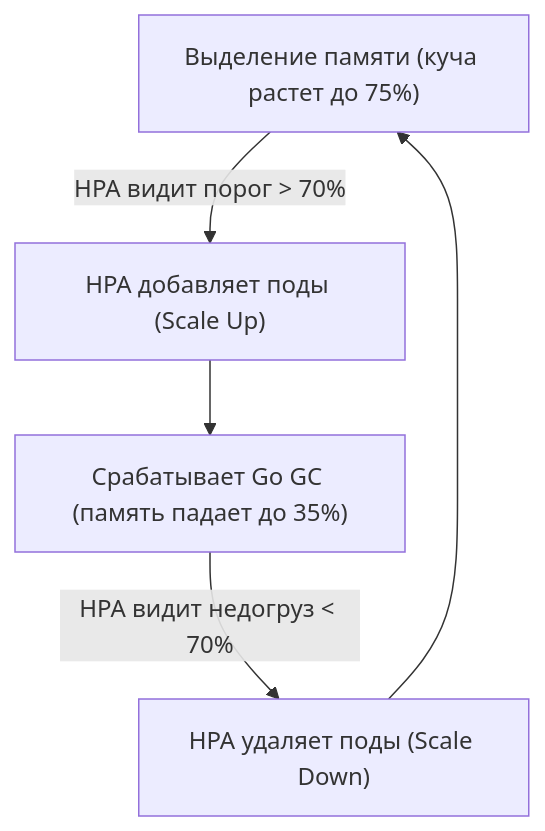
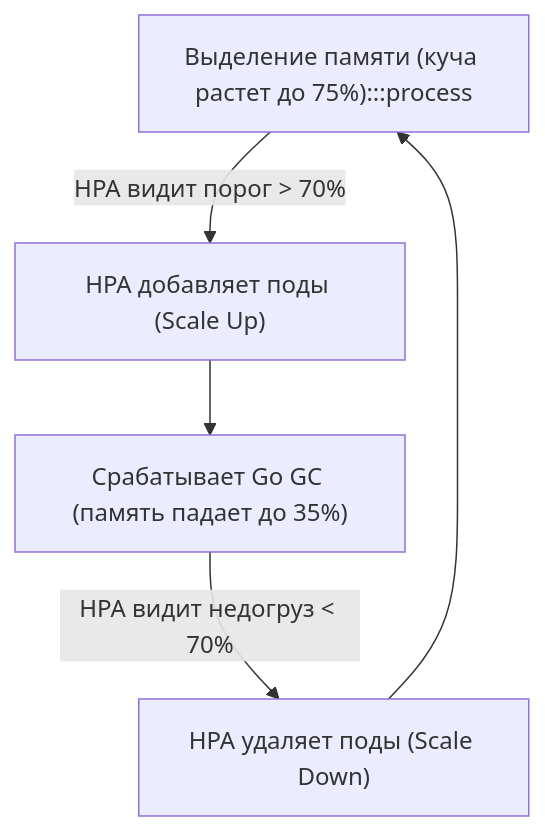
The third of 5 diagrams in sources/19. Инфраструктура. Linux, nginx, Docker, Kubernetes/04. Kubernetes/5. Scaling и autoscaling.md (UnrealTemplier/go-textbook), drawn with Mermaid before and after one commit. The commit also changed other lines of this file and 1666 other files, not shown here.

First line of the commit message:
feat(mermaid): add semantic color classDef to 1369 colorless flowchart/graph diagrams

````diff
--- a/sources/19. Инфраструктура. Linux, nginx, Docker, Kubernetes/04. Kubernetes/5. Scaling и autoscaling.md
+++ b/sources/19. Инфраструктура. Linux, nginx, Docker, Kubernetes/04. Kubernetes/5. Scaling и autoscaling.md
@@ -108,7 +118,17 @@
 ```mermaid
 flowchart TD
-    Alloc["Выделение памяти (куча растет до 75%)"] -->|"HPA видит порог > 70%"| ScaleUp["HPA добавляет поды (Scale Up)"]
+    classDef process  fill:#1e293b,stroke:#38bdf8,stroke-width:1px,color:#f8fafc
+    classDef success  fill:#064e3b,stroke:#34d399,stroke-width:1px,color:#f8fafc
+    classDef error    fill:#7f1d1d,stroke:#f87171,stroke-width:1px,color:#f8fafc
+    classDef warning  fill:#78350f,stroke:#fbbf24,stroke-width:1px,color:#f8fafc
+    classDef entry    fill:#1e3a5f,stroke:#38bdf8,stroke-width:2px,color:#f8fafc
+    classDef aux      fill:#334155,stroke:#64748b,stroke-width:1px,color:#f8fafc
+    classDef system   fill:#312e81,stroke:#a78bfa,stroke-width:1px,color:#f8fafc
+    classDef data     fill:#132d29,stroke:#2dd4bf,stroke-width:1px,color:#f8fafc
+    classDef network  fill:#881337,stroke:#fb7185,stroke-width:1px,color:#f8fafc
+    classDef accent   fill:#1e1b4b,stroke:#818cf8,stroke-width:1px,color:#f8fafc
+    Alloc["Выделение памяти (куча растет до 75%):::process"] -->|"HPA видит порог > 70%"| ScaleUp["HPA добавляет поды (Scale Up)"]
     ScaleUp --> GC["Срабатывает Go GC (память падает до 35%)"]
     GC -->|"HPA видит недогруз < 70%"| ScaleDown["HPA удаляет поды (Scale Down)"]
     ScaleDown --> Alloc
 ```
````
